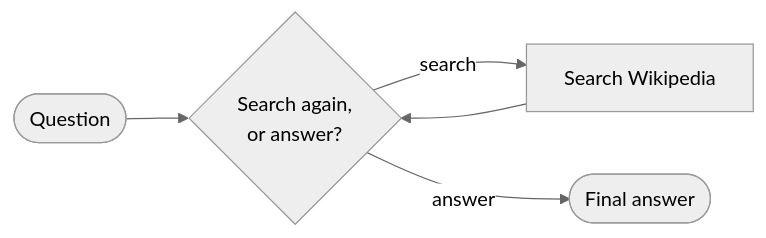
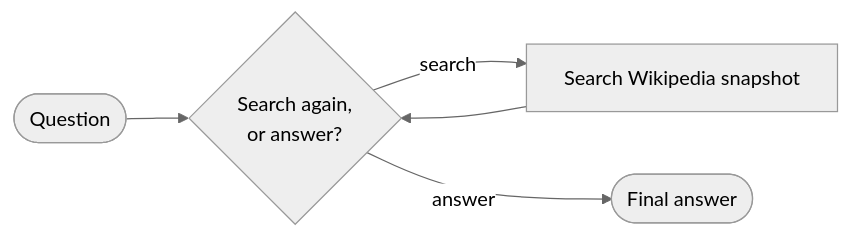
Before and after one commit to redswimmer/grpo-turn-level-rewards: the first of 5 diagrams in README.md, drawn with Mermaid (neutral theme). The commit also changed other lines of this file, not shown here.

````diff
--- a/README.md
+++ b/README.md
@@ -28,7 +28,7 @@
 ```mermaid
 flowchart LR
     Q(["Question"]) --> D{"Search again,<br/>or answer?"}
-    D -- search --> S["Search Wikipedia"]
+    D -- search --> S["Search Wikipedia snapshot"]
     S --> D
     D -- answer --> A(["Final answer"])
 ```
````
